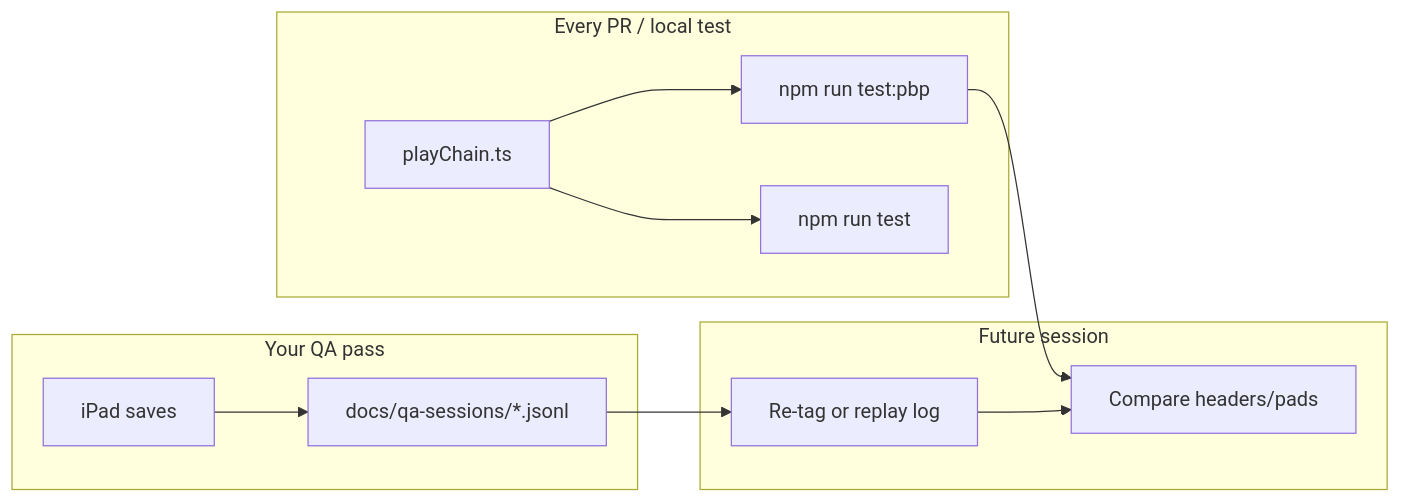
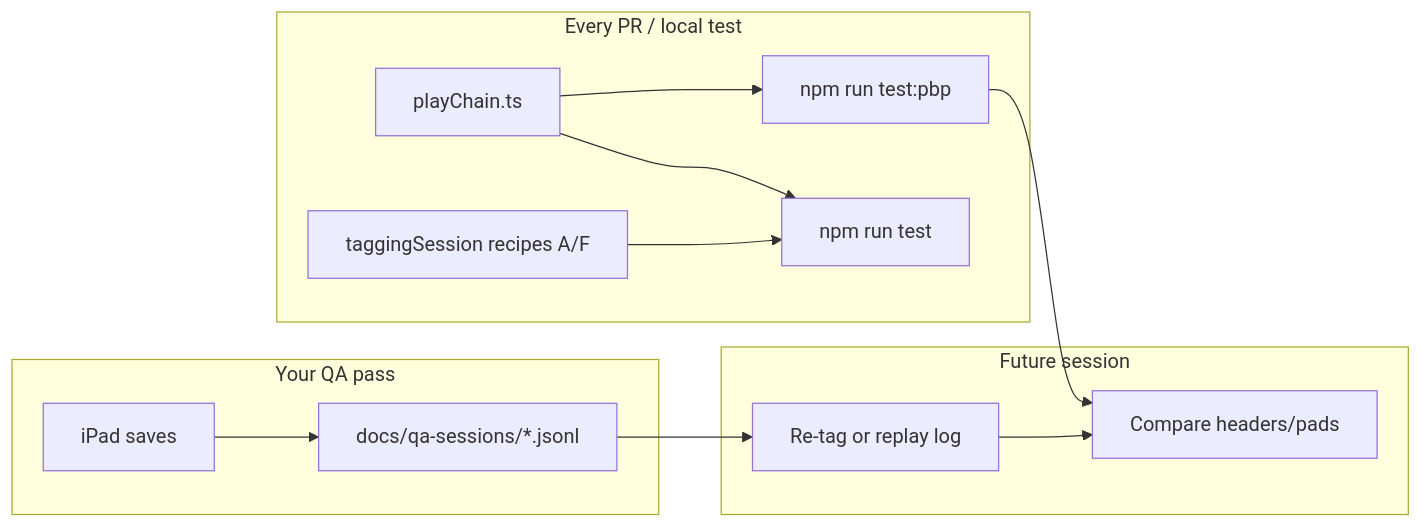
The diagram in docs/ipad-qa-full-pass.md (tsell89/huddlestat-tagging), drawn with Mermaid before and after one commit. The commit also changed other lines of this file and 10 other files, not shown here.

First line of the commit message:
Add a headless tagging session so pad SAVE and phase tests share the iPad path

````diff
--- a/docs/ipad-qa-full-pass.md
+++ b/docs/ipad-qa-full-pass.md
@@ -411,22 +423,24 @@
 ```mermaid
 flowchart LR
   subgraph manual [Your QA pass]
     iPad[iPad saves]
     Log[docs/qa-sessions/*.jsonl]
     iPad --> Log
   end
   subgraph ci [Every PR / local test]
     PBP[npm run test:pbp]
     Unit[npm run test]
+    Session[taggingSession recipes A/F]
     Chain[playChain.ts]
     Chain --> PBP
     Chain --> Unit
+    Session --> Unit
   end
   subgraph future [Future session]
     ReRun[Re-tag or replay log]
     Diff[Compare headers/pads]
   end
   Log --> ReRun
   PBP --> Diff
   ReRun --> Diff
 ```
````
